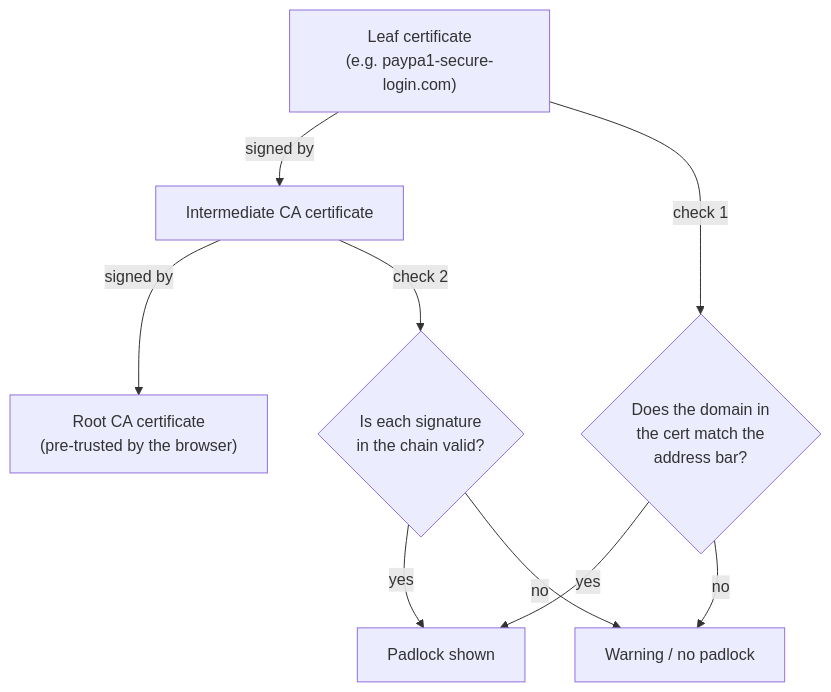
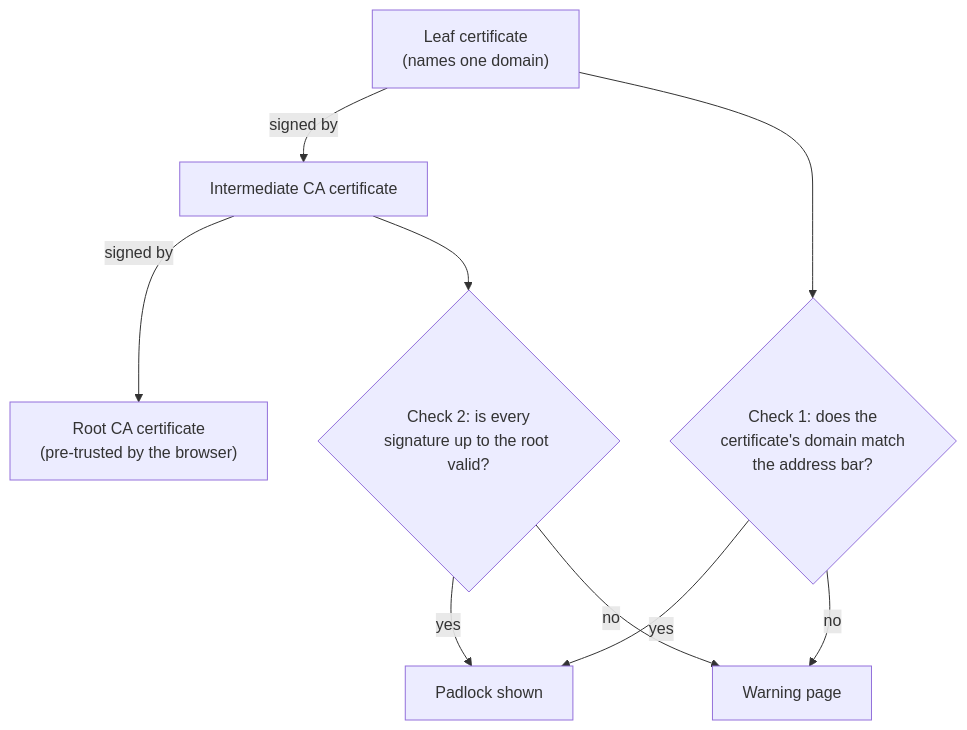
Before and after one commit to francoandreDev/knowledge: the first of 2 diagrams in src/content/security/tls-https/L2-concept.mdx, drawn with Mermaid. The commit also changed other lines of this file and 3 other files, not shown here.

````diff
--- a/src/content/security/tls-https/L2-concept.mdx
+++ b/src/content/security/tls-https/L2-concept.mdx
@@ -29,11 +34,11 @@
 ```mermaid
 flowchart TD
-    A["Leaf certificate\n(e.g. paypa1-secure-login.com)"] -->|"signed by"| B["Intermediate CA certificate"]
-    B -->|"signed by"| C["Root CA certificate\n(pre-trusted by the browser)"]
-    A -->|"check 1"| D{"Does the domain in\nthe cert match the\naddress bar?"}
-    B -->|"check 2"| E{"Is each signature\nin the chain valid?"}
+    A["Leaf certificate<br/>(names one domain)"] -->|"signed by"| B["Intermediate CA certificate"]
+    B -->|"signed by"| C["Root CA certificate<br/>(pre-trusted by the browser)"]
+    A --> D{"Check 1: does the<br/>certificate's domain match<br/>the address bar?"}
+    B --> E{"Check 2: is every<br/>signature up to the root valid?"}
     D -->|"yes"| F["Padlock shown"]
     E -->|"yes"| F
-    D -->|"no"| G["Warning / no padlock"]
+    D -->|"no"| G["Warning page"]
     E -->|"no"| G
 ```
````
